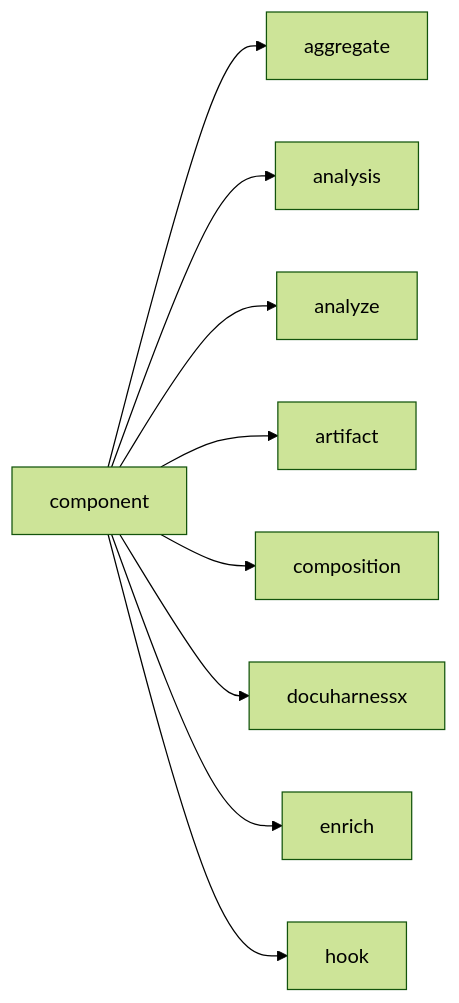
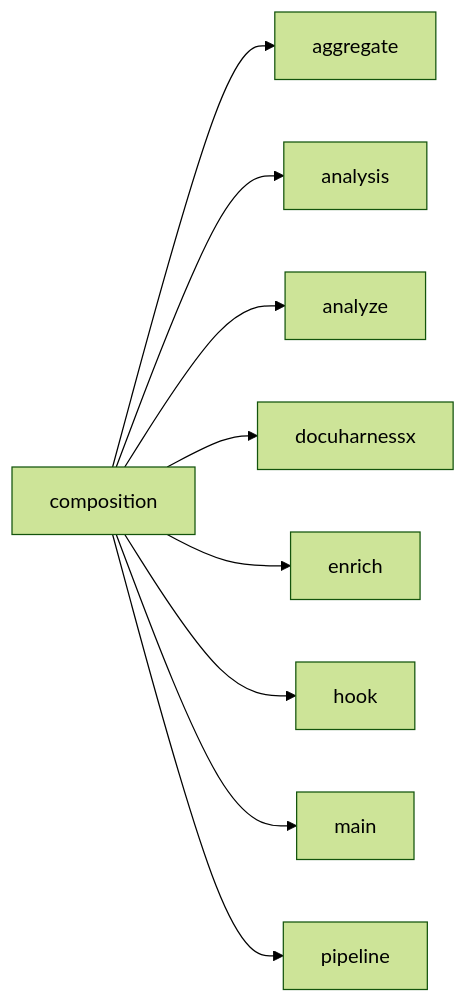
The fifth of 30 diagrams in docs/glossary.md (norandom/DocuHarnessX), drawn with Mermaid (forest theme) before and after one commit. The commit also changed other lines of this file and 7 other files, not shown here.

````diff
--- a/docs/glossary.md
+++ b/docs/glossary.md
@@ -216,20 +171,20 @@
 ```mermaid
 flowchart LR
-  here["component"]
+  here["composition"]
   r0["aggregate"]
   here --> r0
   r1["analysis"]
   here --> r1
   r2["analyze"]
   here --> r2
-  r3["artifact"]
+  r3["docuharnessx"]
   here --> r3
-  r4["composition"]
+  r4["enrich"]
   here --> r4
-  r5["docuharnessx"]
+  r5["hook"]
   here --> r5
-  r6["enrich"]
+  r6["main"]
   here --> r6
-  r7["hook"]
+  r7["pipeline"]
   here --> r7
 ```
````
